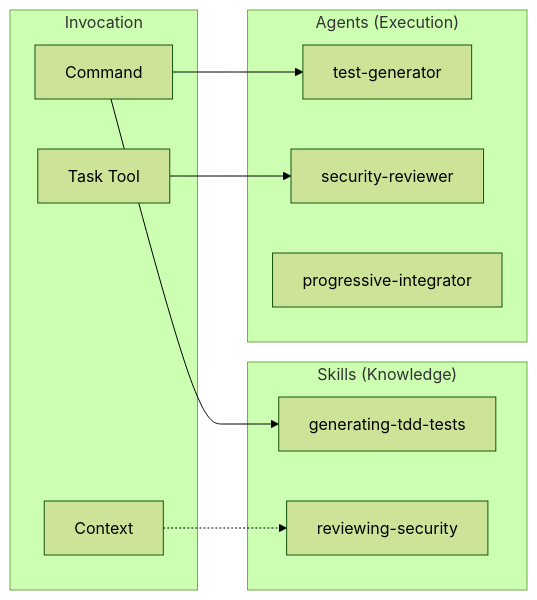
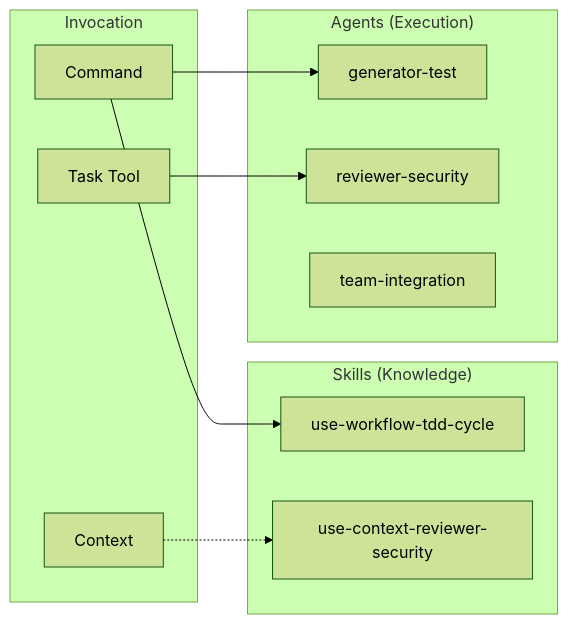
One commit to thkt/dotclaude changed the first of 2 diagrams in docs/SKILLS_AGENTS.md. Above: the diagram before and after it, drawn with Mermaid (forest theme). The commit also changed other lines of this file and 502 other files, not shown here.

````diff
--- a/docs/SKILLS_AGENTS.md
+++ b/docs/SKILLS_AGENTS.md
@@ -9,20 +9,20 @@
 ```mermaid
 graph LR
     subgraph Skills["Skills (Knowledge)"]
-        S1[generating-tdd-tests]
-        S2[reviewing-security]
+        S1[use-workflow-tdd-cycle]
+        S2[use-context-reviewer-security]
     end
 
     subgraph Agents["Agents (Execution)"]
-        A1[test-generator]
-        A2[security-reviewer]
-        A3[progressive-integrator]
+        A1[generator-test]
+        A2[reviewer-security]
+        A3[team-integration]
     end
 
     subgraph Trigger["Invocation"]
         CMD[Command] --> S1
         CMD --> A1
         CTX[Context] -.-> S2
         TASK[Task Tool] --> A2
     end
 ```
````
